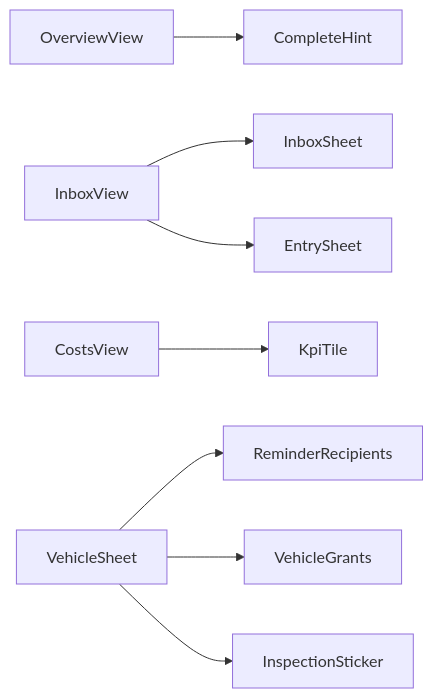
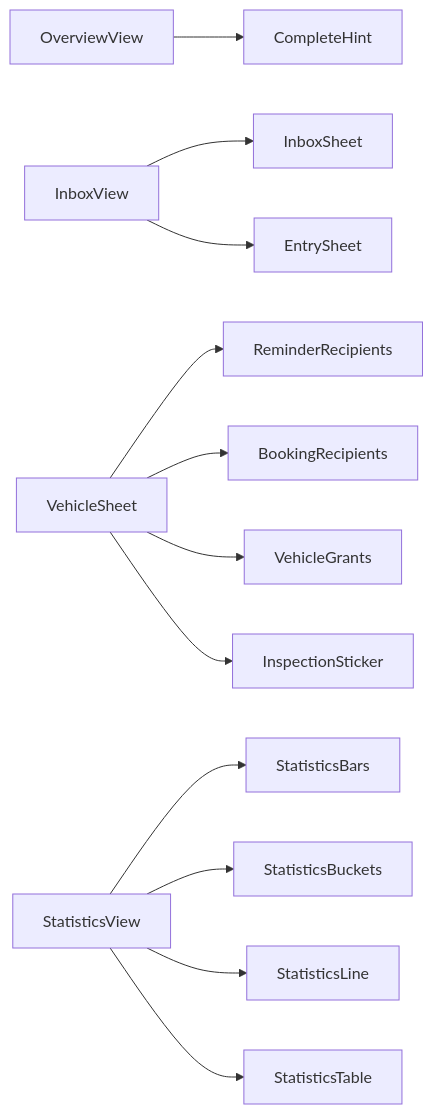
The ninth of 11 diagrams in docs/design/components.md (typical42/next-fleet), drawn with Mermaid before and after one commit. The commit also changed other lines of this file and 177 other files, not shown here.

````diff
--- a/docs/design/components.md
+++ b/docs/design/components.md
@@ -282,18 +284,22 @@
 ```mermaid
 flowchart LR
     Overview["OverviewView"]
     Hint["CompleteHint"]
     Inbox["InboxView"]
     InboxSheet["InboxSheet"]
     Entry["EntrySheet"]
-    Costs["CostsView"]
-    Tile["KpiTile"]
     Sheet["VehicleSheet"]
     Recipients["ReminderRecipients"]
+    Notices["BookingRecipients"]
     Grants["VehicleGrants"]
     Inspection["InspectionSticker"]
+    Statistics["StatisticsView"]
+    Bars["StatisticsBars"]
+    Buckets["StatisticsBuckets"]
+    Line["StatisticsLine"]
+    Table["StatisticsTable"]
     Overview --> Hint
     Inbox --> InboxSheet & Entry
-    Costs --> Tile
-    Sheet --> Recipients & Grants & Inspection
+    Sheet --> Recipients & Notices & Grants & Inspection
+    Statistics --> Bars & Buckets & Line & Table
 ```
````
